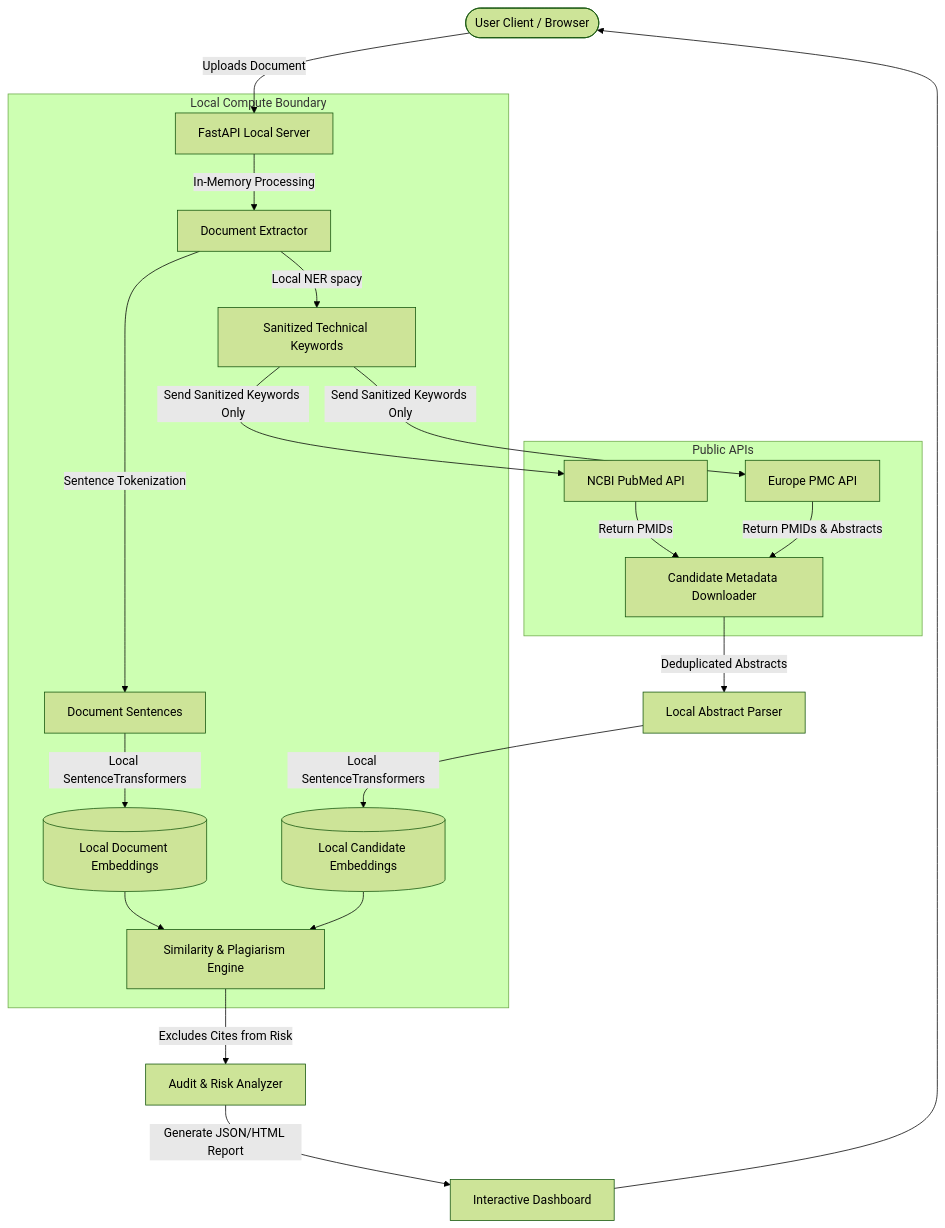
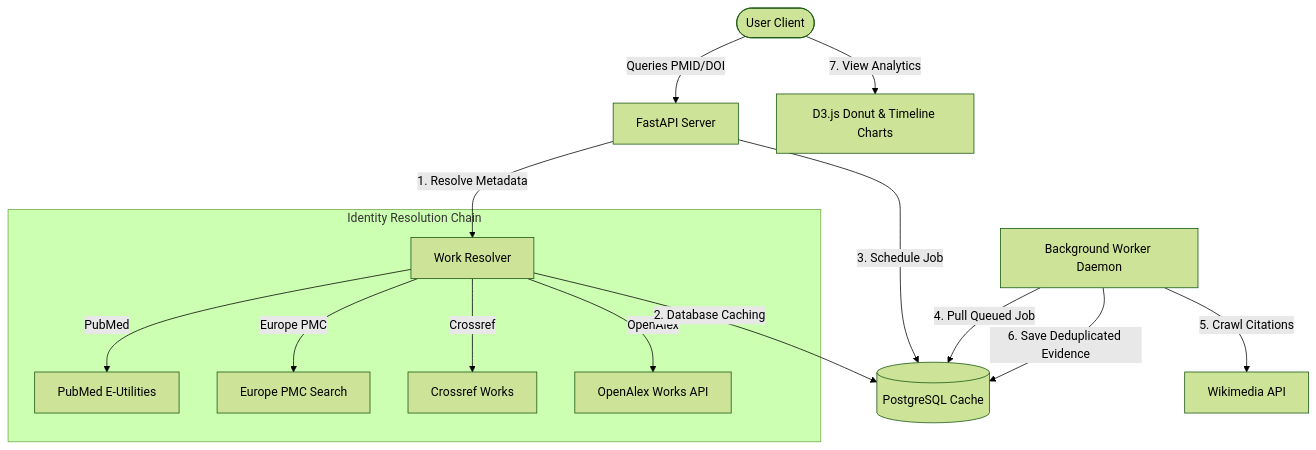
The diagram in README.md (ramanacr/research-plagiarism-checker), drawn with Mermaid (forest theme) before and after one commit. The commit also changed other lines of this file and 44 other files, not shown here.

````diff
--- a/README.md
+++ b/README.md
@@ -22,30 +33,21 @@
 ```mermaid
 graph TD
-    User([User Client / Browser]) -->|Uploads Document| API[FastAPI Local Server]
+    User([User Client]) -->|Queries PMID/DOI| API[FastAPI Server]
+    API -->|1. Resolve Metadata| Resolver[Work Resolver]
     
-    subgraph Secure Local Sandbox [Local Compute Boundary]
-        API -->|In-Memory Processing| Extractor[Document Extractor]
-        Extractor -->|Sentence Tokenization| Sentences[Document Sentences]
-        Extractor -->|Local NER spacy| Keywords[Sanitized Technical Keywords]
-        
-        Sentences -->|Local SentenceTransformers| DocEmbeds[(Local Document Embeddings)]
-        
-        LocalSimilarity[Similarity & Plagiarism Engine]
-        DocEmbeds --> LocalSimilarity
-        CandEmbeds[(Local Candidate Embeddings)] --> LocalSimilarity
-    end
-
-    subgraph External Network [Public APIs]
-        Keywords -->|Send Sanitized Keywords Only| NCBI[NCBI PubMed API]
-        Keywords -->|Send Sanitized Keywords Only| EPMC[Europe PMC API]
-        NCBI -->|Return PMIDs| Fetcher[Candidate Metadata Downloader]
-        EPMC -->|Return PMIDs & Abstracts| Fetcher
+    subgraph Identity Resolution Chain
+        Resolver -->|PubMed| PM[PubMed E-Utilities]
+        Resolver -->|Europe PMC| EPMC[Europe PMC Search]
+        Resolver -->|Crossref| CR[Crossref Works]
+        Resolver -->|OpenAlex| OA[OpenAlex Works API]
     end
     
-    Fetcher -->|Deduplicated Abstracts| Extractor2[Local Abstract Parser]
-    Extractor2 -->|Local SentenceTransformers| CandEmbeds
+    Resolver -->|2. Database Caching| DB[(PostgreSQL Cache)]
     
-    LocalSimilarity -->|Excludes Cites from Risk| Auditor[Audit & Risk Analyzer]
-    Auditor -->|Generate JSON/HTML Report| UI[Interactive Dashboard]
-    UI --> User
+    API -->|3. Schedule Job| DB
+    Worker[Background Worker Daemon] -->|4. Pull Queued Job| DB
+    Worker -->|5. Crawl Citations| Wiki[Wikimedia API]
+    Worker -->|6. Save Deduplicated Evidence| DB
+    
+    User -->|7. View Analytics| D3[D3.js Donut & Timeline Charts]
 ```
````
